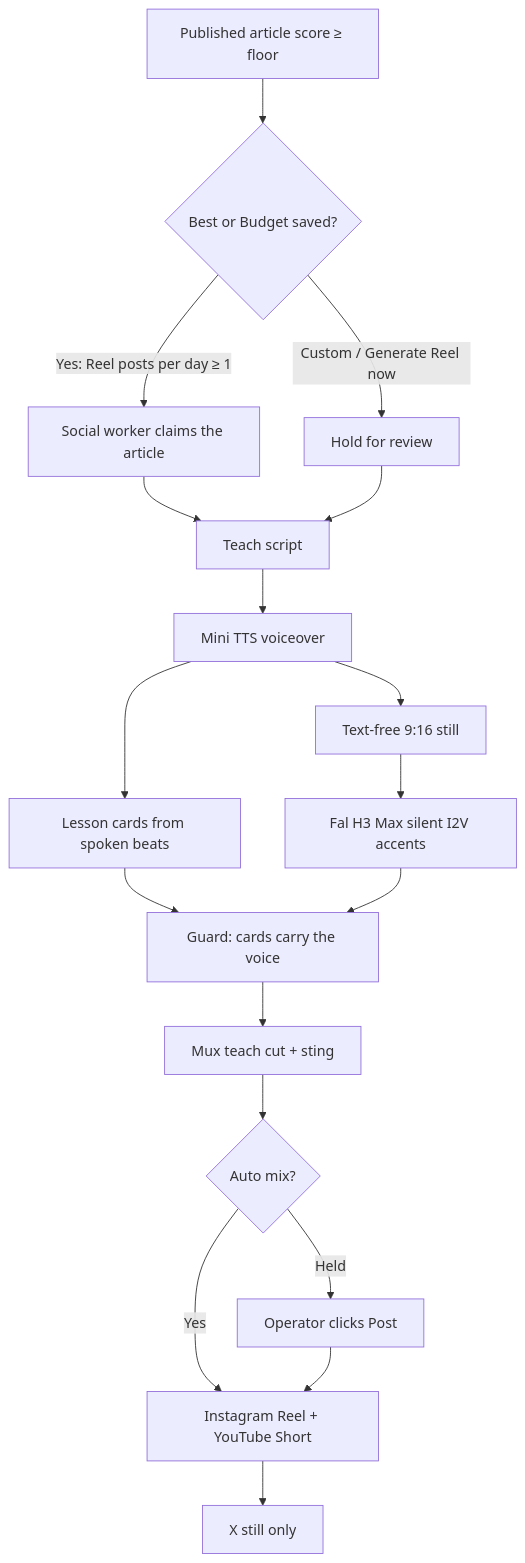
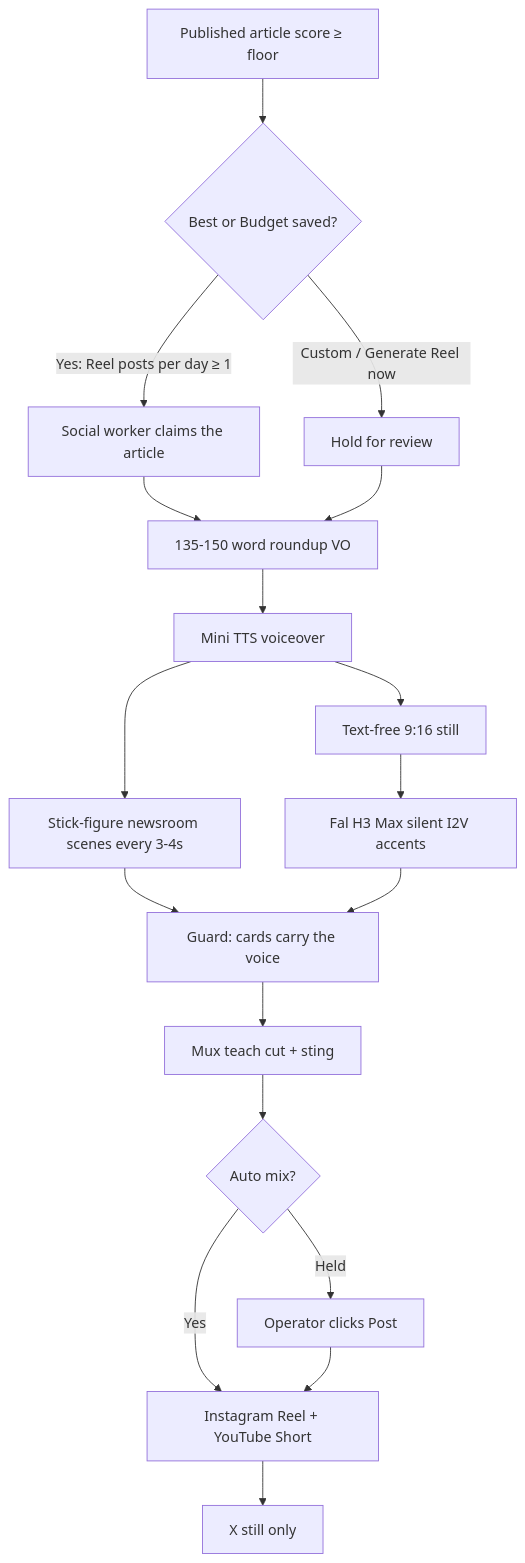
One commit to HaneetGH/technorapper-ai-wire changed the third of 3 diagrams in docs/SOCIAL-DISTRIBUTION-ARCHITECTURE.md. Above: the diagram before and after it, drawn with Mermaid. The commit also changed other lines of this file and 10 other files, not shown here.

First line of the commit message:
Make Best Reels a 60s stick-figure news roundup.

````diff
--- a/docs/SOCIAL-DISTRIBUTION-ARCHITECTURE.md
+++ b/docs/SOCIAL-DISTRIBUTION-ARCHITECTURE.md
@@ -118,20 +118,20 @@
 ```mermaid
 flowchart TD
     A[Published article score ≥ floor] --> B{Best or Budget saved?}
     B -->|Yes: Reel posts per day ≥ 1| C[Social worker claims the article]
     B -->|Custom / Generate Reel now| D[Hold for review]
-    C --> E[Teach script]
+    C --> E[135-150 word roundup VO]
     D --> E
     E --> F[Mini TTS voiceover]
-    F --> G[Lesson cards from spoken beats]
+    F --> G[Stick-figure newsroom scenes every 3-4s]
     F --> H[Text-free 9:16 still]
     H --> I[Fal H3 Max silent I2V accents]
     G --> J[Guard: cards carry the voice]
     I --> J
     J --> K[Mux teach cut + sting]
     K --> L{Auto mix?}
     L -->|Yes| M[Instagram Reel + YouTube Short]
     L -->|Held| N[Operator clicks Post]
     N --> M
     M --> O[X still only]
 ```
````
